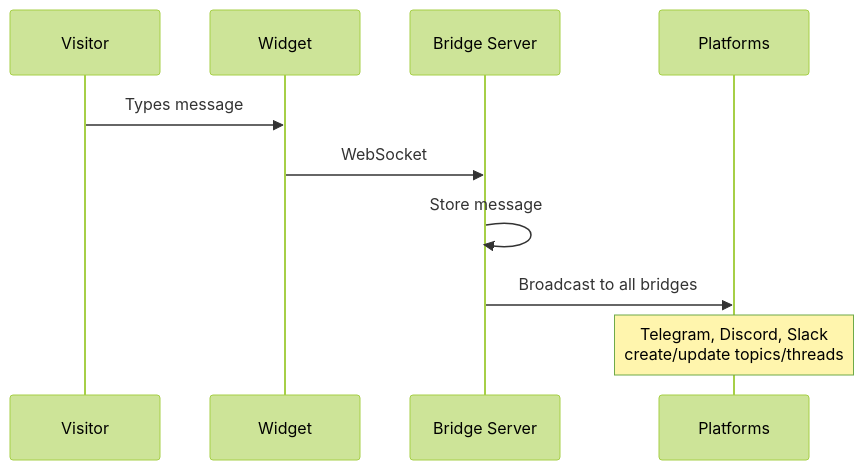
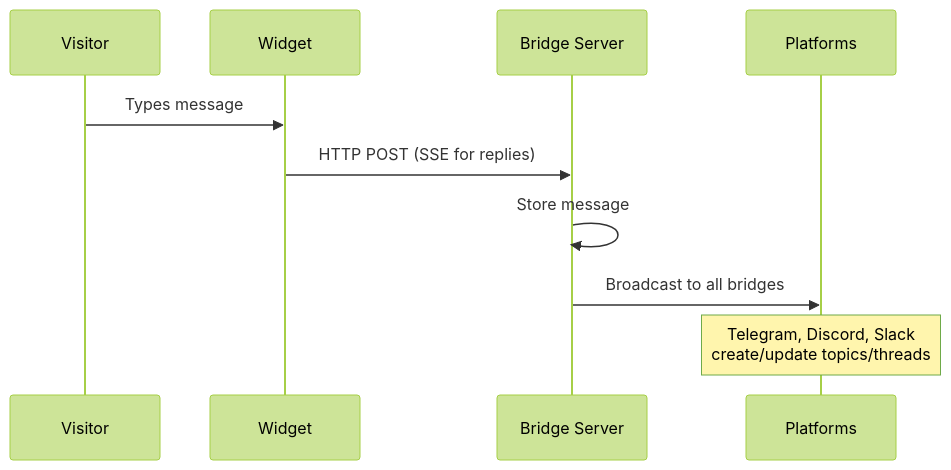
The sixth of 10 diagrams in docs-site/docs/concepts.md (Ruwad-io/pocketping), drawn with Mermaid (forest theme) before and after one commit. The commit also changed other lines of this file and 26 other files, not shown here.

````diff
--- a/docs-site/docs/concepts.md
+++ b/docs-site/docs/concepts.md
@@ -176,13 +176,13 @@
 ```mermaid
 sequenceDiagram
     participant V as Visitor
     participant W as Widget
     participant B as Bridge Server
     participant P as Platforms
 
     V->>W: Types message
-    W->>B: WebSocket
+    W->>B: HTTP POST (SSE for replies)
     B->>B: Store message
     B->>P: Broadcast to all bridges
     Note over P: Telegram, Discord, Slack<br/>create/update topics/threads
 ```
````
